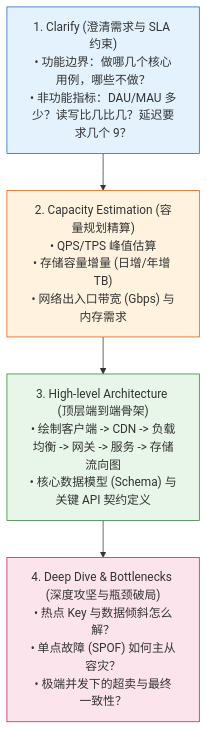
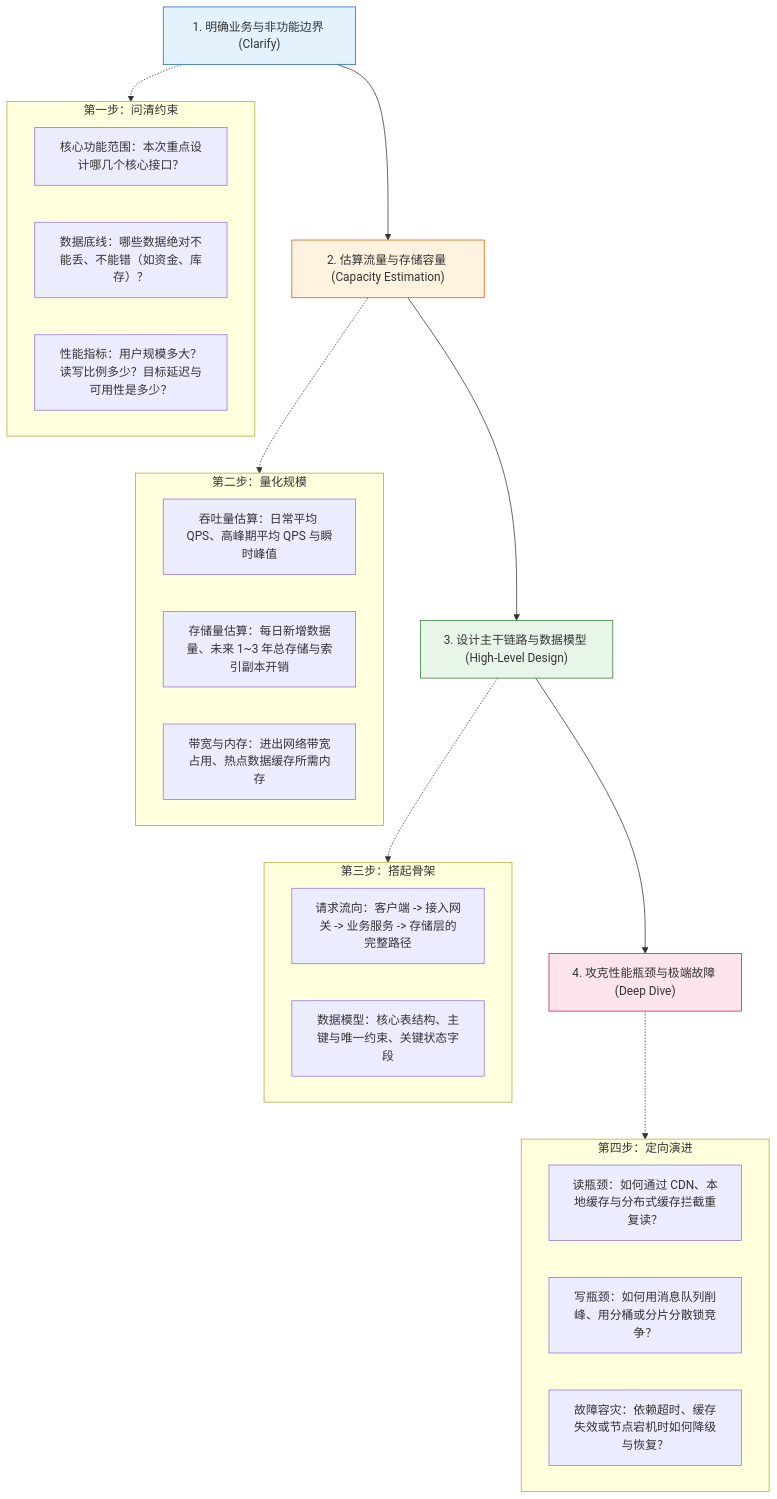
The first of 4 diagrams in 20-Java后端/08-系统设计/00-系统设计全景与心智模型.md (GuoWWWX/knowledge-base), drawn with Mermaid before and after one commit. The commit also changed other lines of this file and 251 other files, not shown here.

````diff
--- a/20-Java后端/08-系统设计/00-系统设计全景与心智模型.md
+++ b/20-Java后端/08-系统设计/00-系统设计全景与心智模型.md
@@ -42,12 +37,42 @@
 ```mermaid
 flowchart TD
-    Step1["1. Clarify (澄清需求与 SLA 约束)<br/>• 功能边界：做哪几个核心用例，哪些不做？<br/>• 非功能指标：DAU/MAU 多少？读写比几比几？延迟要求几个 9？"]
-    --> Step2["2. Capacity Estimation (容量规划精算)<br/>• QPS/TPS 峰值估算<br/>• 存储容量增量 (日增/年增 TB)<br/>• 网络出入口带宽 (Gbps) 与内存需求"]
-    --> Step3["3. High-level Architecture (顶层端到端骨架)<br/>• 绘制客户端 -> CDN -> 负载均衡 -> 网关 -> 服务 -> 存储流向图<br/>• 核心数据模型 (Schema) 与关键 API 契约定义"]
-    --> Step4["4. Deep Dive & Bottlenecks (深度攻坚与瓶颈破局)<br/>• 热点 Key 与数据倾斜怎么解？<br/>• 单点故障 (SPOF) 如何主从容灾？<br/>• 极端并发下的超卖与最终一致性？"]
+    Step1["1. 明确业务与非功能边界 (Clarify)"]
+    Step2["2. 估算流量与存储容量 (Capacity Estimation)"]
+    Step3["3. 设计主干链路与数据模型 (High-Level Design)"]
+    Step4["4. 攻克性能瓶颈与极端故障 (Deep Dive)"]
+
+    Step1 --> Step2 --> Step3 --> Step4
+
+    subgraph Detail1["第一步：问清约束"]
+        D1_1["核心功能范围：本次重点设计哪几个核心接口？"]
+        D1_2["数据底线：哪些数据绝对不能丢、不能错（如资金、库存）？"]
+        D1_3["性能指标：用户规模多大？读写比例多少？目标延迟与可用性是多少？"]
+    end
+
+    subgraph Detail2["第二步：量化规模"]
+        D2_1["吞吐量估算：日常平均 QPS、高峰期平均 QPS 与瞬时峰值"]
+        D2_2["存储量估算：每日新增数据量、未来 1~3 年总存储与索引副本开销"]
+        D2_3["带宽与内存：进出网络带宽占用、热点数据缓存所需内存"]
+    end
+
+    subgraph Detail3["第三步：搭起骨架"]
+        D3_1["请求流向：客户端 -> 接入网关 -> 业务服务 -> 存储层的完整路径"]
+        D3_2["数据模型：核心表结构、主键与唯一约束、关键状态字段"]
+    end
+
+    subgraph Detail4["第四步：定向演进"]
+        D4_1["读瓶颈：如何通过 CDN、本地缓存与分布式缓存拦截重复读？"]
+        D4_2["写瓶颈：如何用消息队列削峰、用分桶或分片分散锁竞争？"]
+        D4_3["故障容灾：依赖超时、缓存失效或节点宕机时如何降级与恢复？"]
+    end
+
+    Step1 -.-> Detail1
+    Step2 -.-> Detail2
+    Step3 -.-> Detail3
+    Step4 -.-> Detail4
 
     style Step1 fill:#e3f2fd,stroke:#1565c0,stroke-width:1px
     style Step2 fill:#fff3e0,stroke:#e65100,stroke-width:1px
     style Step3 fill:#e8f5e9,stroke:#2e7d32,stroke-width:1px
     style Step4 fill:#fce4ec,stroke:#c2185b,stroke-width:1px
 ```
````
